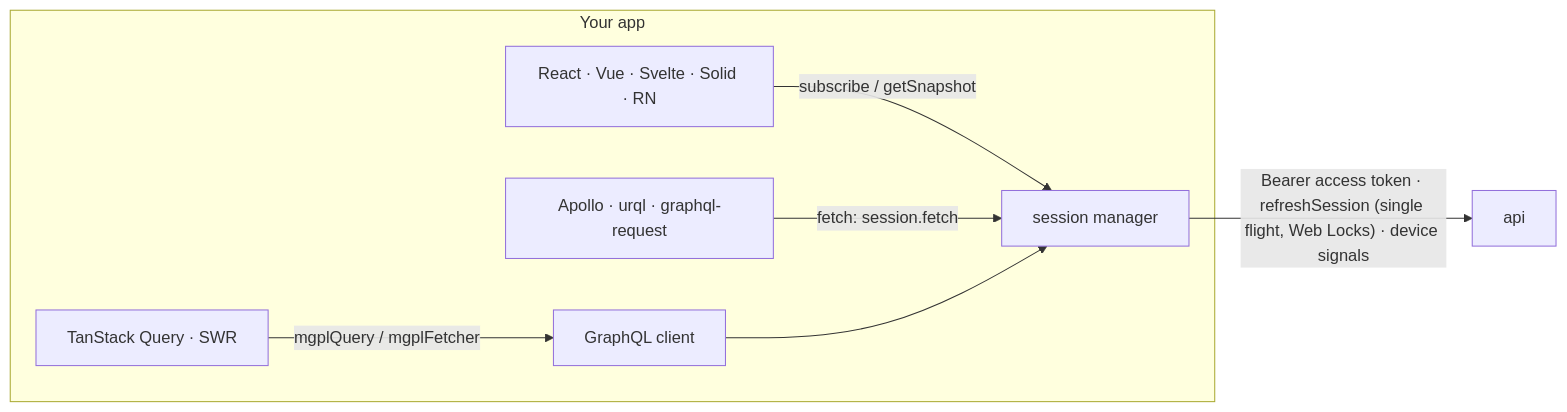
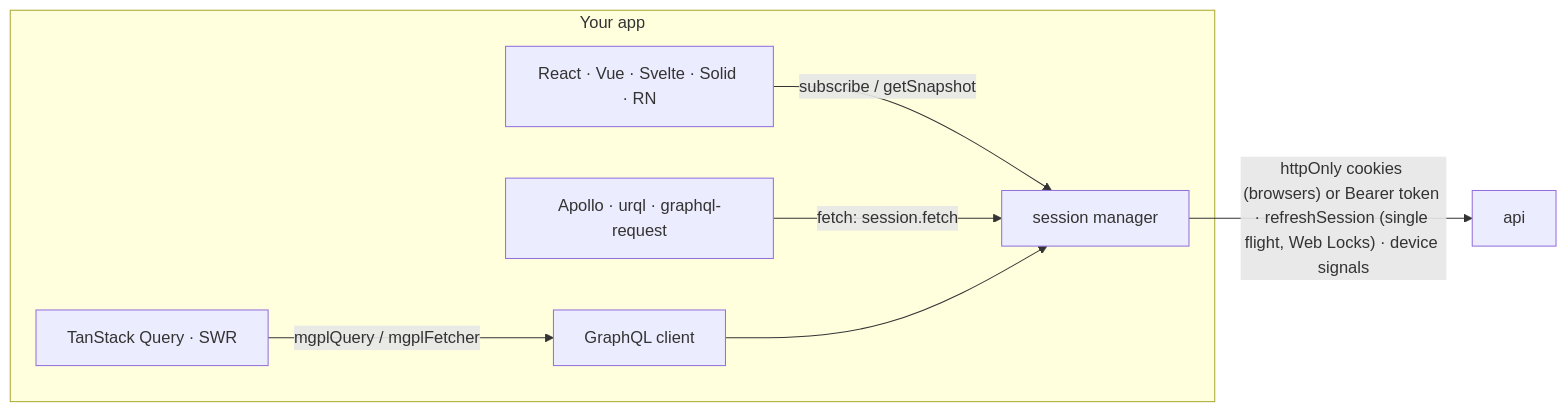
One commit to mgpl-diagnostics/api changed the second of 2 diagrams in docs/14-client.md. Above: the diagram before and after it, drawn with Mermaid. The commit also changed other lines of this file and 17 other files, not shown here.

````diff
--- a/docs/14-client.md
+++ b/docs/14-client.md
@@ -50,10 +50,10 @@
 ```mermaid
 flowchart LR
   subgraph App["Your app"]
     UI["React · Vue · Svelte · Solid · RN"] -- "subscribe / getSnapshot" --> SM["session manager"]
     DATA["TanStack Query · SWR"] -- "mgplQuery / mgplFetcher" --> SDK["GraphQL client"]
     OTHER["Apollo · urql · graphql-request"] -- "fetch: session.fetch" --> SM
     SDK --> SM
   end
-  SM -- "Bearer access token · refreshSession (single flight, Web Locks) · device signals" --> API["api"]
+  SM -- "httpOnly cookies (browsers) or Bearer token · refreshSession (single flight, Web Locks) · device signals" --> API["api"]
 ```
````
